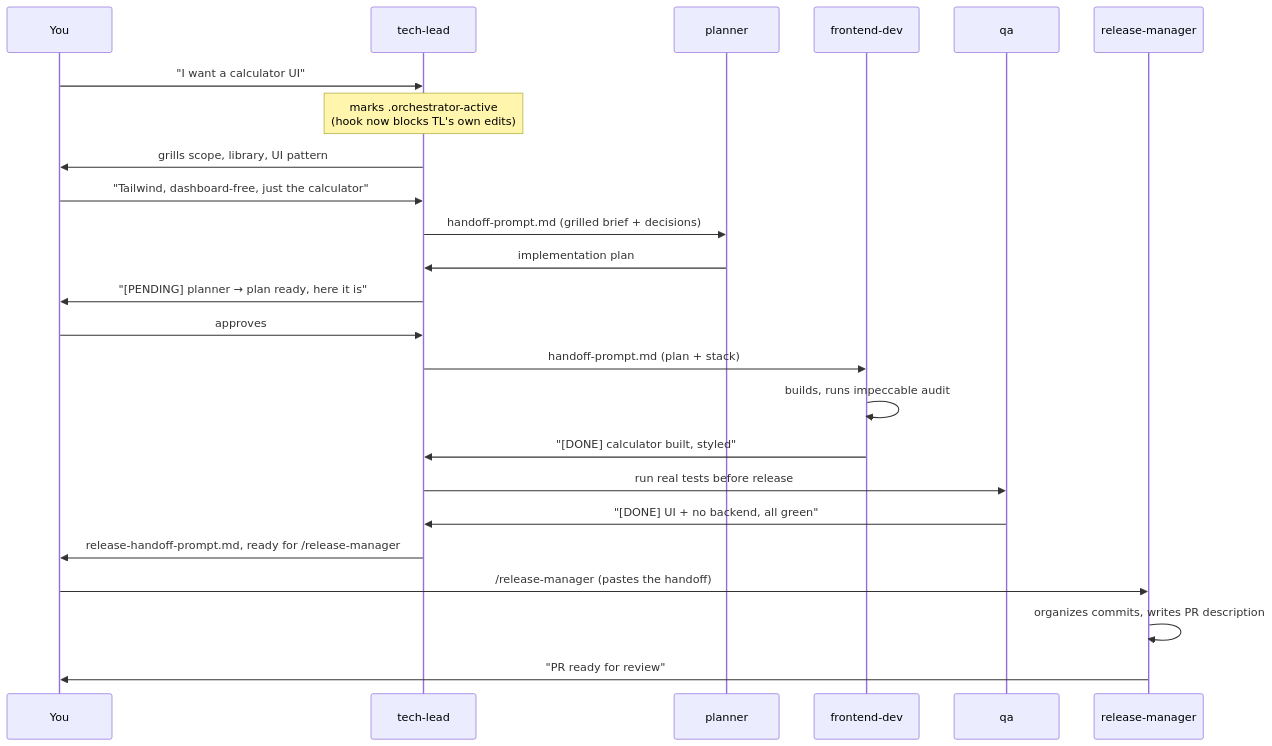
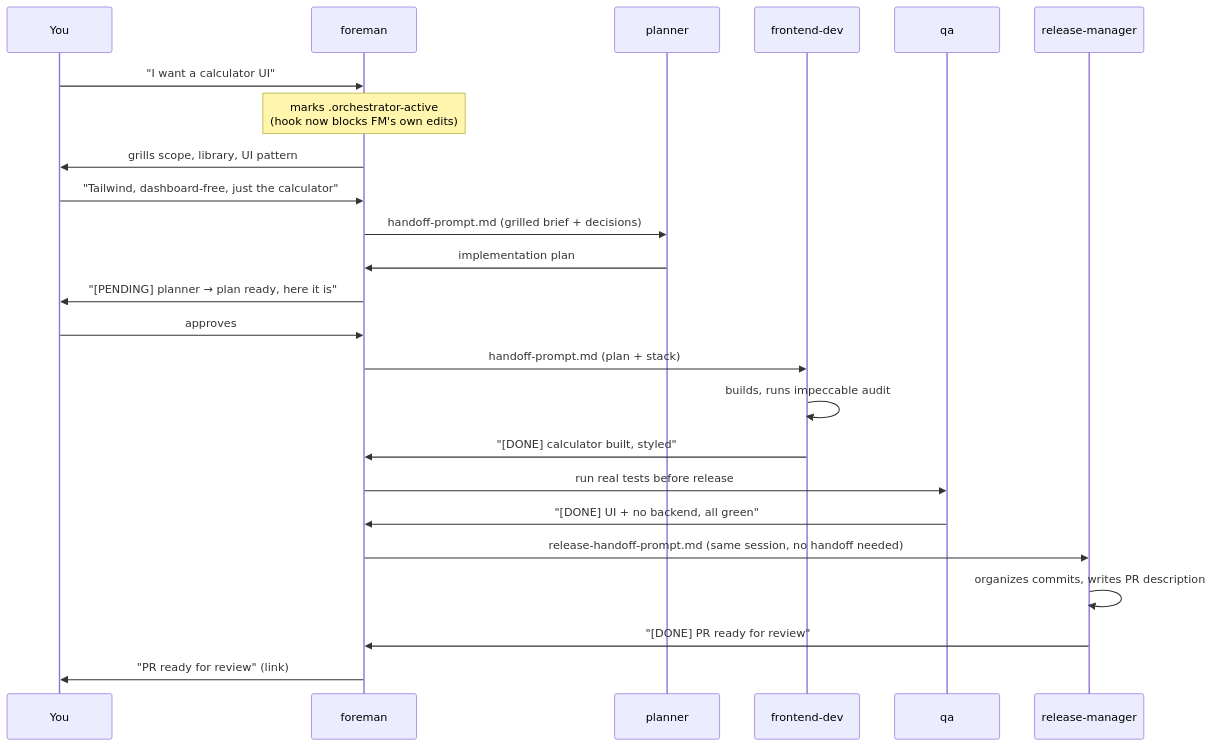
One commit to MTBasso/foreman changed the second of 2 diagrams in README.md. Above: the diagram before and after it, drawn with Mermaid. The commit also changed other lines of this file and 25 other files, not shown here.

````diff
--- a/README.md
+++ b/README.md
@@ -64,27 +66,27 @@
 ```mermaid
 sequenceDiagram
     participant You
-    participant TL as tech-lead
+    participant FM as foreman
     participant PL as planner
     participant FE as frontend-dev
     participant QA as qa
     participant RM as release-manager
 
-    You->>TL: "I want a calculator UI"
-    Note over TL: marks .orchestrator-active<br/>(hook now blocks TL's own edits)
-    TL->>You: grills scope, library, UI pattern
-    You->>TL: "Tailwind, dashboard-free, just the calculator"
-    TL->>PL: handoff-prompt.md (grilled brief + decisions)
-    PL->>TL: implementation plan
-    TL->>You: "[PENDING] planner → plan ready, here it is"
-    You->>TL: approves
-    TL->>FE: handoff-prompt.md (plan + stack)
+    You->>FM: "I want a calculator UI"
+    Note over FM: marks .orchestrator-active<br/>(hook now blocks FM's own edits)
+    FM->>You: grills scope, library, UI pattern
+    You->>FM: "Tailwind, dashboard-free, just the calculator"
+    FM->>PL: handoff-prompt.md (grilled brief + decisions)
+    PL->>FM: implementation plan
+    FM->>You: "[PENDING] planner → plan ready, here it is"
+    You->>FM: approves
+    FM->>FE: handoff-prompt.md (plan + stack)
     FE->>FE: builds, runs impeccable audit
-    FE->>TL: "[DONE] calculator built, styled"
-    TL->>QA: run real tests before release
-    QA->>TL: "[DONE] UI + no backend, all green"
-    TL->>You: release-handoff-prompt.md, ready for /release-manager
-    You->>RM: /release-manager (pastes the handoff)
+    FE->>FM: "[DONE] calculator built, styled"
+    FM->>QA: run real tests before release
+    QA->>FM: "[DONE] UI + no backend, all green"
+    FM->>RM: release-handoff-prompt.md (same session, no handoff needed)
     RM->>RM: organizes commits, writes PR description
-    RM->>You: "PR ready for review"
+    RM->>FM: "[DONE] PR ready for review"
+    FM->>You: "PR ready for review" (link)
 ```
````
